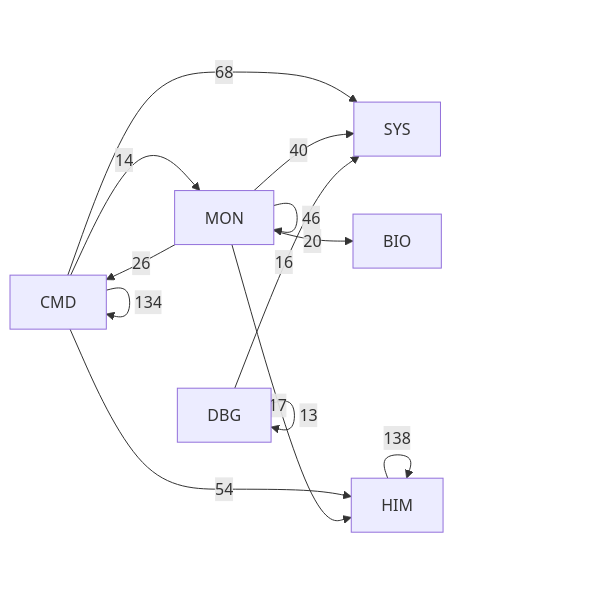
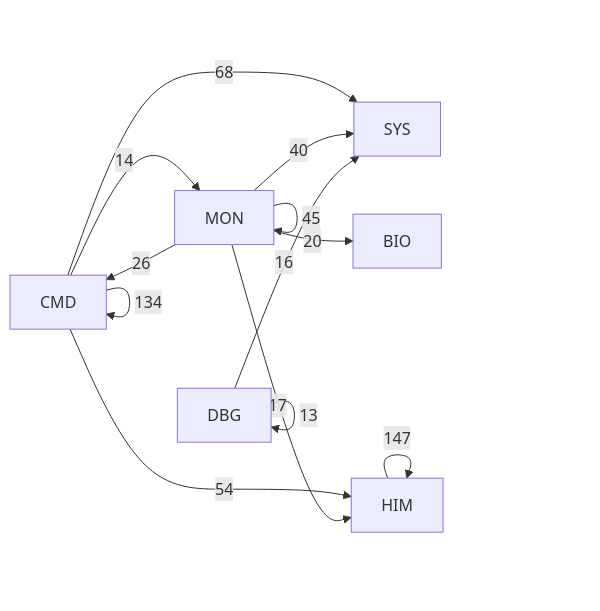
The second of 6 diagrams in DOC/GENERATED/HIMON_SUPPORT_MAP.md (95westus/R-YORS), drawn with Mermaid before and after one commit. The commit also changed other lines of this file and 42 other files, not shown here.

````diff
--- a/DOC/GENERATED/HIMON_SUPPORT_MAP.md
+++ b/DOC/GENERATED/HIMON_SUPPORT_MAP.md
@@ -27,15 +27,15 @@
 ```mermaid
 flowchart LR
-    P_HIM[HIM] -->|138| P_HIM[HIM]
+    P_HIM[HIM] -->|147| P_HIM[HIM]
     P_CMD[CMD] -->|134| P_CMD[CMD]
     P_CMD[CMD] -->|68| P_SYS[SYS]
     P_CMD[CMD] -->|54| P_HIM[HIM]
-    P_MON[MON] -->|46| P_MON[MON]
+    P_MON[MON] -->|45| P_MON[MON]
     P_MON[MON] -->|40| P_SYS[SYS]
     P_MON[MON] -->|26| P_CMD[CMD]
     P_MON[MON] -->|20| P_BIO[BIO]
     P_MON[MON] -->|17| P_HIM[HIM]
     P_DBG[DBG] -->|16| P_SYS[SYS]
     P_CMD[CMD] -->|14| P_MON[MON]
     P_DBG[DBG] -->|13| P_DBG[DBG]
 ```
````
